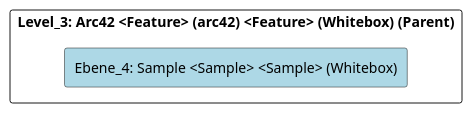
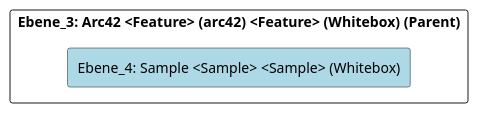
Before and after one commit to marcozwyssig/cleon: the diagram in doc/cleonproject_deliverables_architecture_model_architecture/adoc/de/05_bausteinsicht/cleon/architecture_methods/arc42/sample/ebene_4_sample.adoc, drawn with PlantUML. The commit also changed other lines of this file and 620 other files, not shown here.

```diff
--- a/doc/cleonproject_deliverables_architecture_model_architecture/adoc/de/05_bausteinsicht/cleon/architecture_methods/arc42/sample/ebene_4_sample.adoc
+++ b/doc/cleonproject_deliverables_architecture_model_architecture/adoc/de/05_bausteinsicht/cleon/architecture_methods/arc42/sample/ebene_4_sample.adoc
@@ -20,24 +20,24 @@
 [plantuml, Ebene_4: Sample <Sample> <Sample> (Whitebox)BlockOverview, format="svg"]
 ----
 @startuml Ebene_4: Sample <Sample> <Sample> (Whitebox)BuildingBlockOverview
 
 skinparam ranksep 10
 skinparam componentStyle rectangle
 skinparam shadowing false
 skinparam arrowColor lightblue
 skinparam arrowThickness 1.2
 skinparam rectangle {
   BackgroundColor White
   BorderColor #333
   RoundCorner 10
 }
 top to bottom direction
 
-component "Level_3: Arc42 <Feature> (arc42) <Feature> (Whitebox) (Parent)" {
+component "Ebene_3: Arc42 <Feature> (arc42) <Feature> (Whitebox) (Parent)" {
     component "Ebene_4: Sample <Sample> <Sample> (Whitebox)" #lightblue {
     }
 
 }
 
 @enduml
 ----
```
